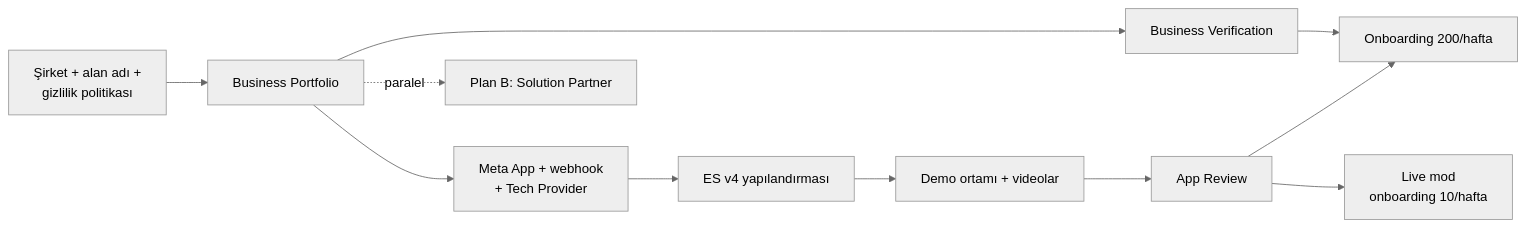
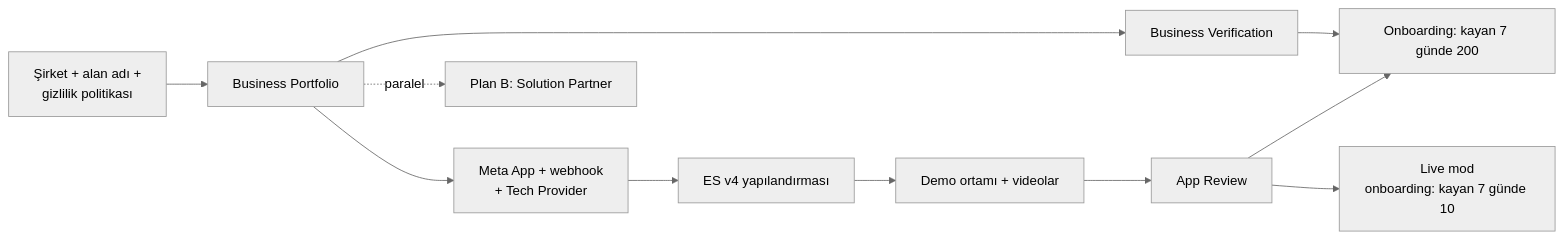
The first of 4 diagrams in docs/02-whatsapp-entegrasyonu.md (eraycaylak/siparisinonunde), drawn with Mermaid (neutral theme) before and after one commit. The commit also changed other lines of this file and 7 other files, not shown here.

````diff
--- a/docs/02-whatsapp-entegrasyonu.md
+++ b/docs/02-whatsapp-entegrasyonu.md
@@ -40,7 +40,7 @@
 ```mermaid
 flowchart LR
   A[Şirket + alan adı +<br/>gizlilik politikası] --> B[Business Portfolio] --> C[Business Verification]
-  B --> D[Meta App + webhook<br/>+ Tech Provider] --> E[ES v4 yapılandırması] --> F[Demo ortamı + videolar] --> G[App Review] --> H[Live mod<br/>onboarding 10/hafta]
-  C & G --> I[Onboarding 200/hafta]
+  B --> D[Meta App + webhook<br/>+ Tech Provider] --> E[ES v4 yapılandırması] --> F[Demo ortamı + videolar] --> G[App Review] --> H[Live mod<br/>onboarding: kayan 7 günde 10]
+  C & G --> I[Onboarding: kayan 7 günde 200]
   B -. paralel .-> J[Plan B: Solution Partner]
 ```
````
